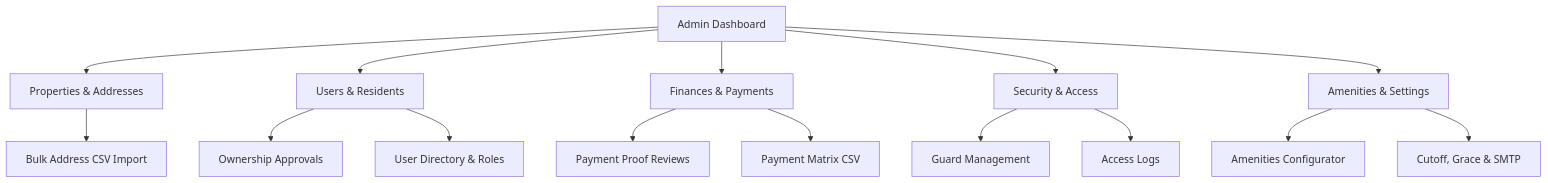
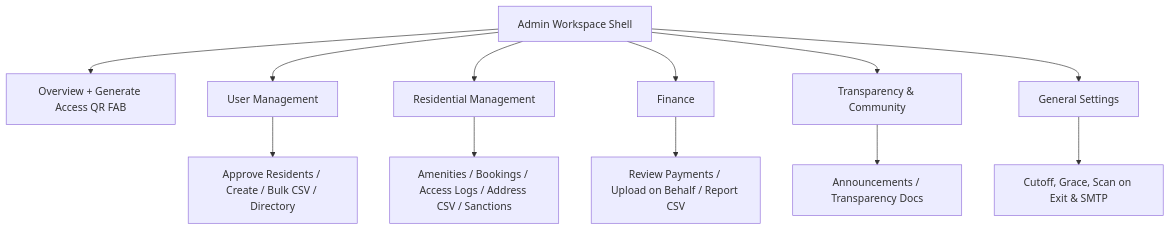
The first of 2 diagrams in docs/admin_user_manual.md (danms07/SuburbanLife), drawn with Mermaid before and after one commit. The commit also changed other lines of this file and 96 other files, not shown here.

````diff
--- a/docs/admin_user_manual.md
+++ b/docs/admin_user_manual.md
@@ -44,18 +49,15 @@
 ```mermaid
 flowchart TD
-    Admin["Admin Dashboard"] --> Prop["Properties & Addresses"]
-    Admin --> Users["Users & Residents"]
-    Admin --> Fin["Finances & Payments"]
-    Admin --> Sec["Security & Access"]
-    Admin --> Amen["Amenities & Settings"]
+    Shell["Admin Workspace Shell"] --> Ov["Overview + Generate Access QR FAB"]
+    Shell --> UM["User Management"]
+    Shell --> RM["Residential Management"]
+    Shell --> Fin["Finance"]
+    Shell --> TC["Transparency & Community"]
+    Shell --> GS["General Settings"]
 
-    Prop --> CSVAddr["Bulk Address CSV Import"]
-    Users --> ApproveRes["Ownership Approvals"]
-    Users --> DirRoles["User Directory & Roles"]
-    Fin --> ApprovePay["Payment Proof Reviews"]
-    Fin --> MatrixCSV["Payment Matrix CSV"]
-    Sec --> Guards["Guard Management"]
-    Sec --> Logs["Access Logs"]
-    Amen --> FacConfig["Amenities Configurator"]
-    Amen --> SysConfig["Cutoff, Grace & SMTP"]
+    UM --> UM1["Approve Residents / Create / Bulk CSV / Directory"]
+    RM --> RM1["Amenities / Bookings / Access Logs / Address CSV / Sanctions"]
+    Fin --> Fin1["Review Payments / Upload on Behalf / Report CSV"]
+    TC --> TC1["Announcements / Transparency Docs"]
+    GS --> GS1["Cutoff, Grace, Scan on Exit & SMTP"]
 ```
````
